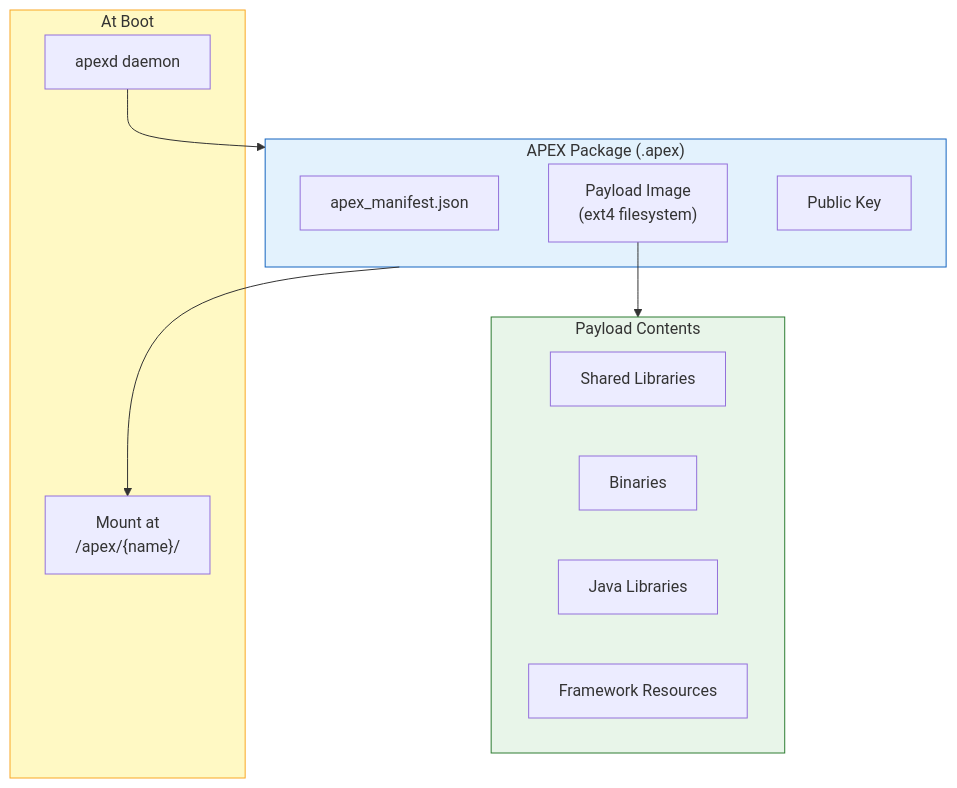
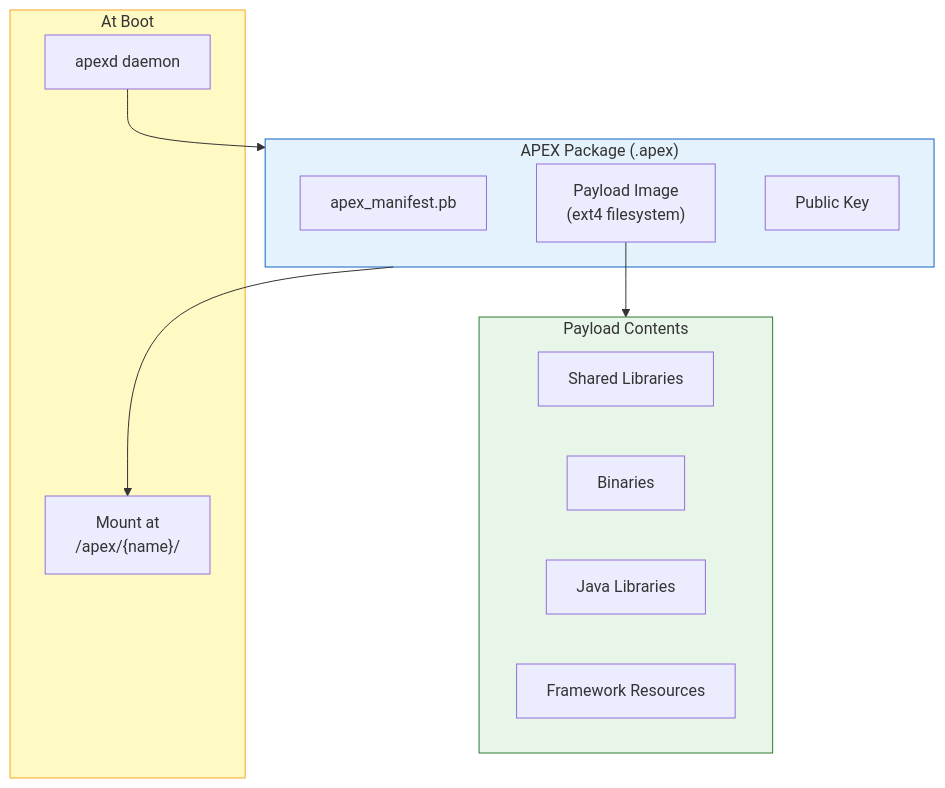
Diagram 19 of 21 in agents/claude/skills/aosp-getting-started/01-introduction.md (aospbooks/aosp-internal-book), drawn with Mermaid before and after one commit. The commit also changed other lines of this file and 218 other files, not shown here.

````diff
--- a/agents/claude/skills/aosp-getting-started/01-introduction.md
+++ b/agents/claude/skills/aosp-getting-started/01-introduction.md
@@ -2668,29 +2691,29 @@
 ```mermaid
 graph TB
     subgraph APEX_Package["APEX Package (.apex)"]
-        Manifest["apex_manifest.json"]
+        Manifest["apex_manifest.pb"]
         Payload["Payload Image<br/>(ext4 filesystem)"]
         PubKey["Public Key"]
     end
 
     subgraph Contents["Payload Contents"]
         Libs["Shared Libraries"]
         Bins["Binaries"]
         Jars["Java Libraries"]
         FW_Res["Framework Resources"]
     end
 
     Payload --> Contents
 
     subgraph Boot["At Boot"]
         APEXd["apexd daemon"]
         Mount["Mount at<br/>/apex/{name}/"]
     end
 
     APEXd --> APEX_Package
     APEX_Package --> Mount
 
     style APEX_Package fill:#e3f2fd,stroke:#1565c0
     style Contents fill:#e8f5e9,stroke:#2e7d32
     style Boot fill:#fff9c4,stroke:#f9a825
 ```
````
